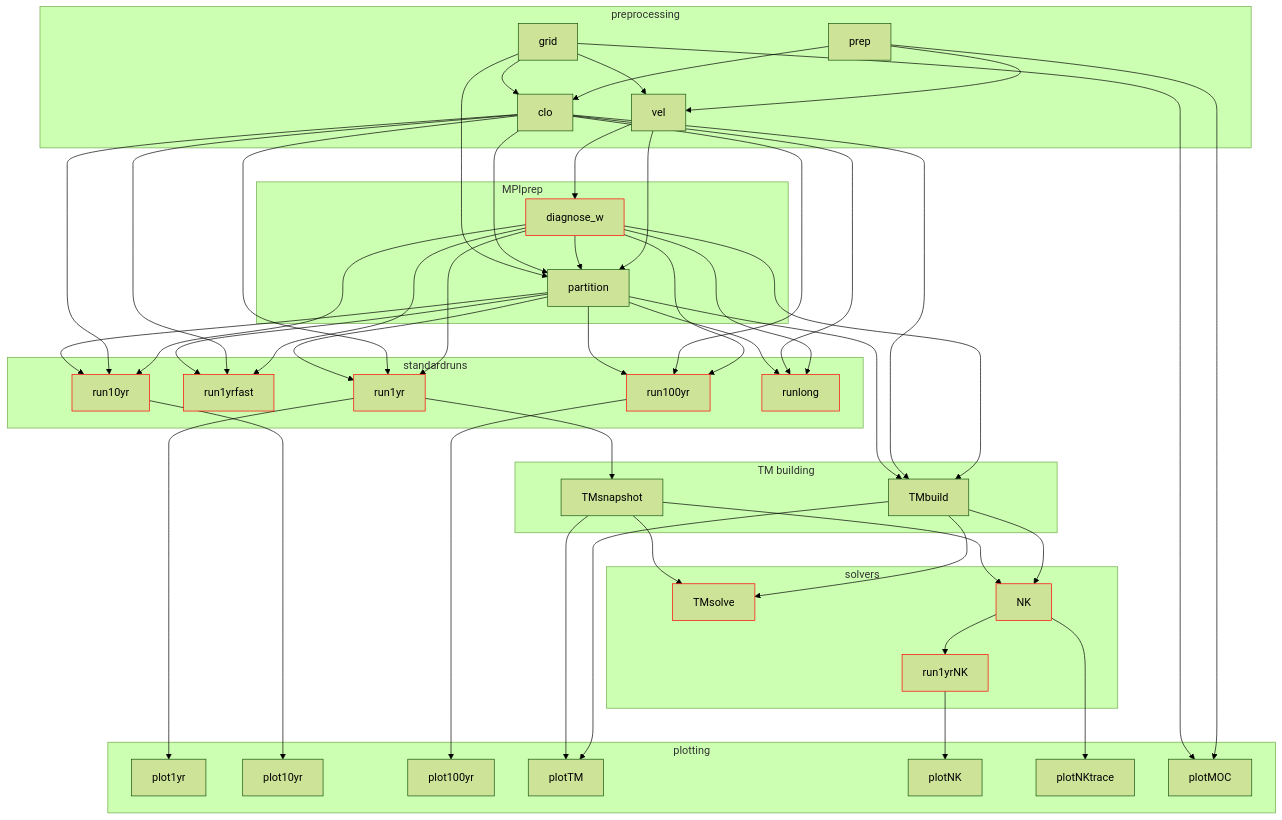
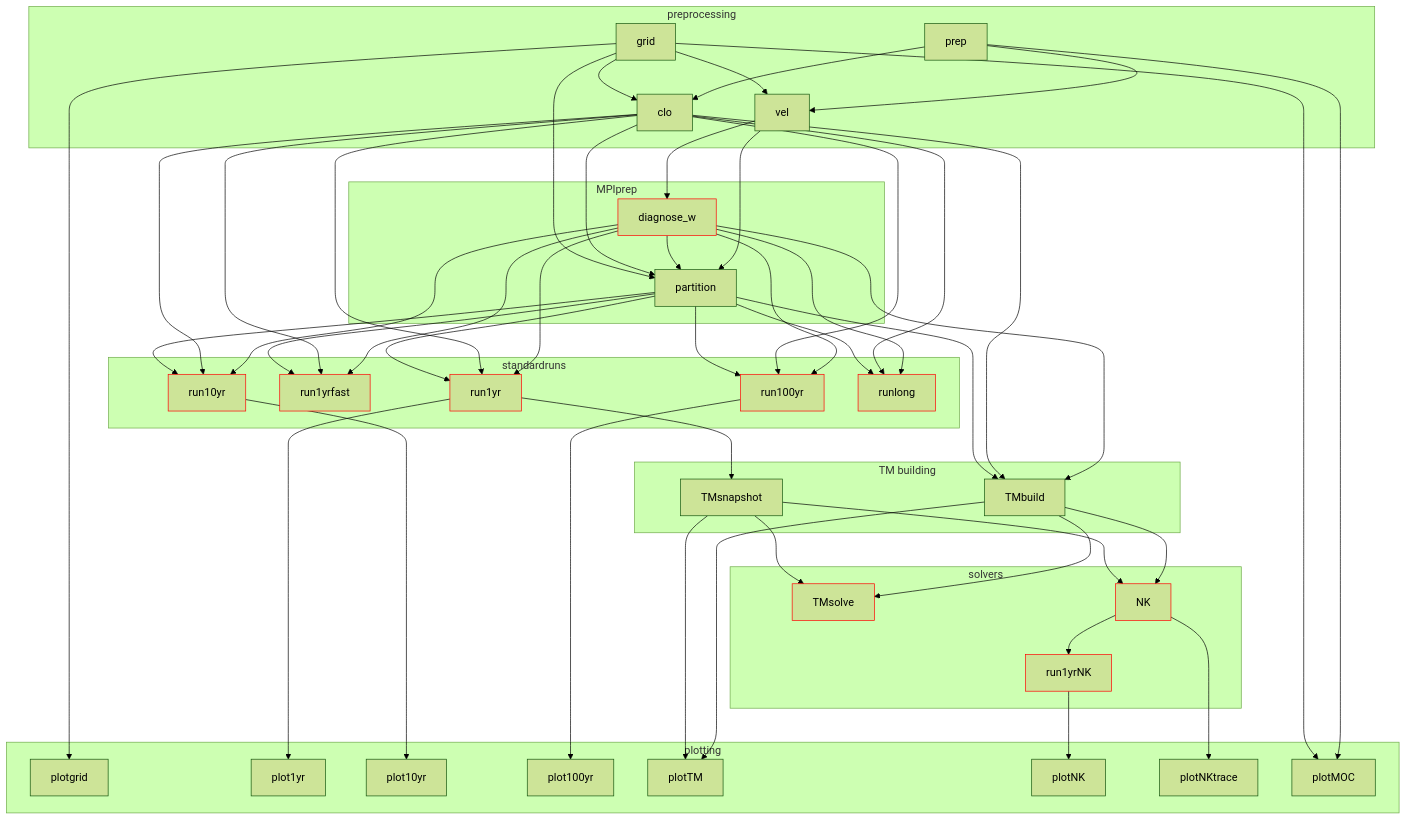
The diagram in scripts/pipeline.mmd (TMIP-code/ACCESS-OM2_x_Oceananigans), drawn with Mermaid (forest theme) before and after one commit. The commit also changed 3 other files, not shown here.

First line of the commit message:
Add plotgrid step: plot all grid coordinates and metrics

```diff
--- a/scripts/pipeline.mmd
+++ b/scripts/pipeline.mmd
@@ -1,37 +1,38 @@
 ---
 config:
   flowchart:
     curve: basis
 ---
 graph TD
     classDef gpu stroke:#f00;
     subgraph preprocessing
         prep & grid & vel & clo
     end
     subgraph MPIprep
         diagnose_w:::gpu & partition
     end
     subgraph standardruns
         run1yr:::gpu & run1yrfast:::gpu & run10yr:::gpu & run100yr:::gpu & runlong:::gpu
     end
     subgraph TM building
         TMbuild & TMsnapshot
     end
     subgraph solvers
         TMsolve:::gpu & NK:::gpu & run1yrNK:::gpu
     end
     subgraph plotting
-        plot1yr & plot10yr & plot100yr & plotTM & plotNK & plotNKtrace & plotMOC
+        plotgrid & plot1yr & plot10yr & plot100yr & plotTM & plotNK & plotNKtrace & plotMOC
     end
     prep & grid --> vel & clo
     vel --> diagnose_w
     vel & diagnose_w & clo & grid --> partition
     diagnose_w & clo --> run1yr & run1yrfast & run10yr & run100yr & runlong & TMbuild
     partition --> run1yr & run1yrfast & run10yr & run100yr & runlong & TMbuild
     run1yr --> TMsnapshot & plot1yr
     run10yr --> plot10yr
     run100yr --> plot100yr
     TMbuild & TMsnapshot --> TMsolve & NK & plotTM
     NK --> run1yrNK & plotNKtrace
     run1yrNK --> plotNK
+    grid --> plotgrid
     prep & grid --> plotMOC
```
